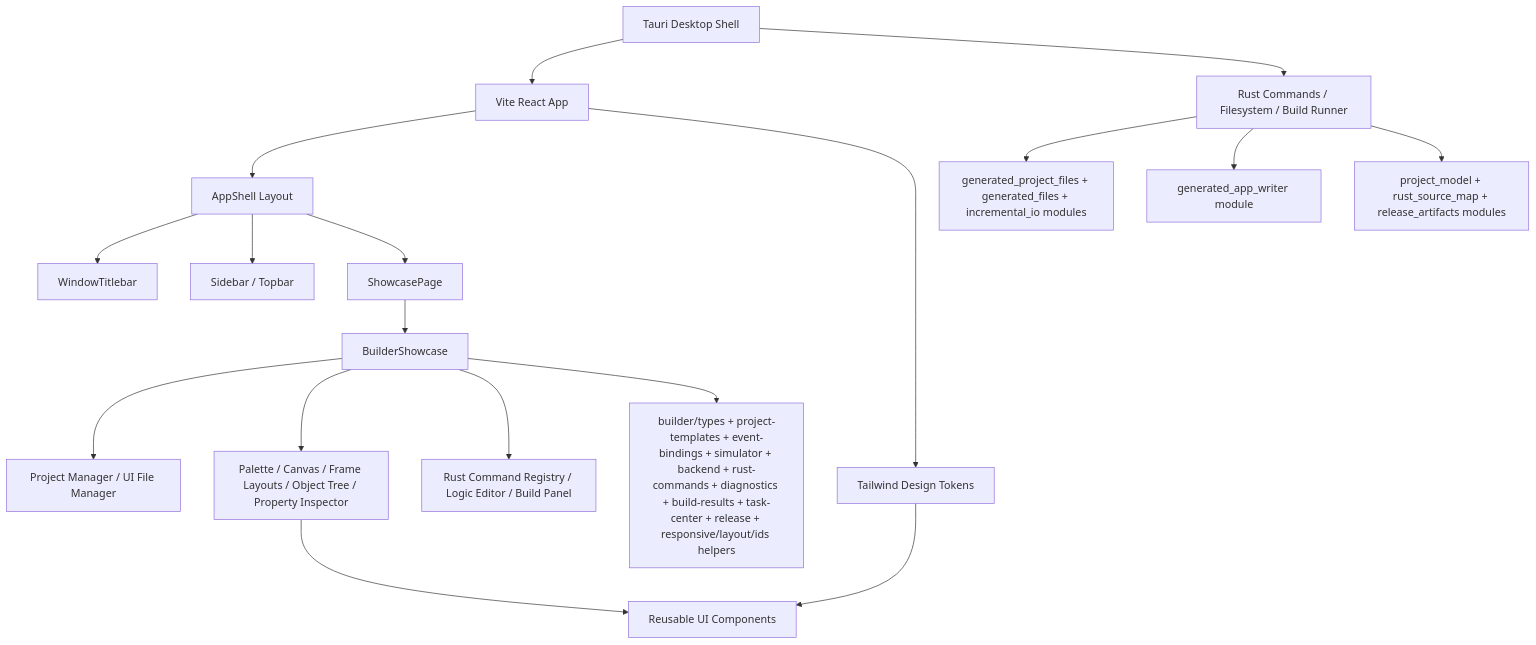
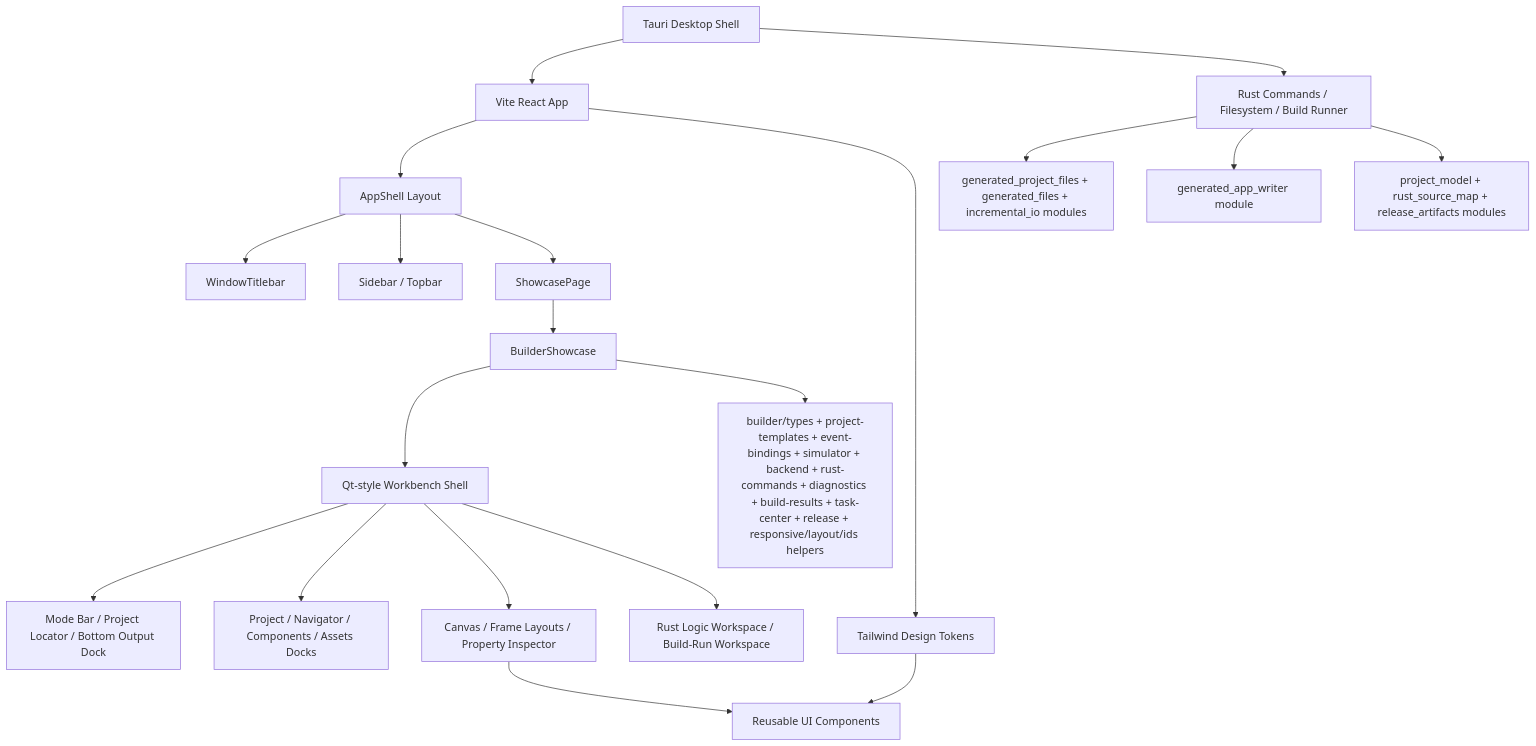
One commit to sorrowfeng/nova-ui-kit changed the diagram in README.md. Above: the diagram before and after it, drawn with Mermaid. The commit also changed other lines of this file and 10 other files, not shown here.

````diff
--- a/README.md
+++ b/README.md
@@ -141,20 +162,22 @@
 ```mermaid
 flowchart TD
   A["Tauri Desktop Shell"] --> B["Vite React App"]
   A --> C["Rust Commands / Filesystem / Build Runner"]
   C --> O["generated_project_files + generated_files + incremental_io modules"]
   C --> P["generated_app_writer module"]
   C --> Q["project_model + rust_source_map + release_artifacts modules"]
   B --> D["AppShell Layout"]
   B --> E["Tailwind Design Tokens"]
   D --> F["WindowTitlebar"]
   D --> G["Sidebar / Topbar"]
   D --> H["ShowcasePage"]
   H --> I["BuilderShowcase"]
-  I --> J["Project Manager / UI File Manager"]
-  I --> K["Palette / Canvas / Frame Layouts / Object Tree / Property Inspector"]
-  I --> M["Rust Command Registry / Logic Editor / Build Panel"]
+  I --> W["Qt-style Workbench Shell"]
+  W --> X["Mode Bar / Project Locator / Bottom Output Dock"]
+  W --> J["Project / Navigator / Components / Assets Docks"]
+  W --> K["Canvas / Frame Layouts / Property Inspector"]
+  W --> M["Rust Logic Workspace / Build-Run Workspace"]
   I --> N["builder/types + project-templates + event-bindings + simulator + backend + rust-commands + diagnostics + build-results + task-center + release + responsive/layout/ids helpers"]
   K --> L["Reusable UI Components"]
   E --> L
 ```
````
